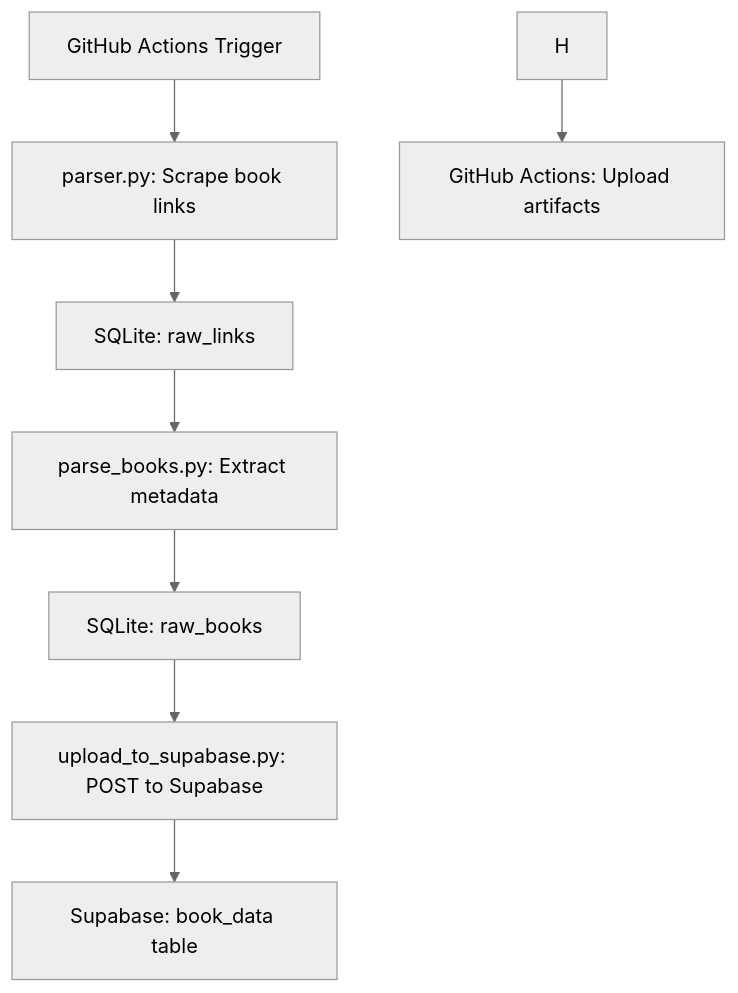
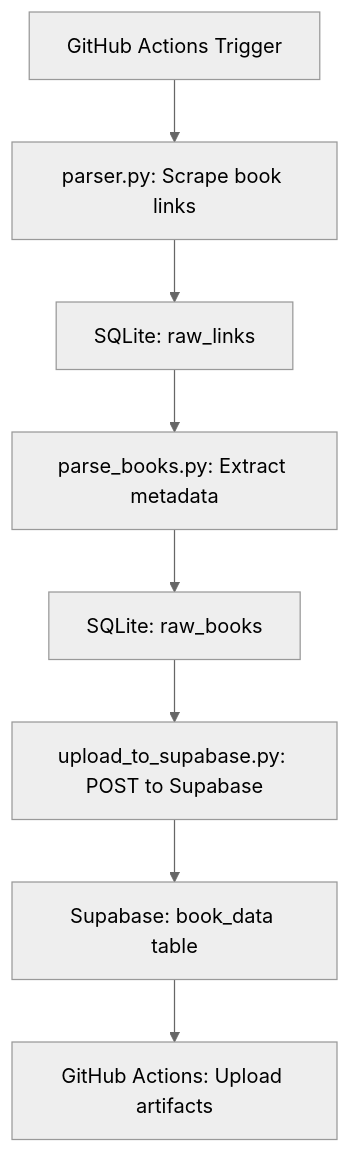
One commit to Revo69/vivat-etl changed the diagram in README.md. Above: the diagram before and after it, drawn with Mermaid (neutral theme).

Commit message:
Fix flow direction in README for GitHub Actions

````diff
--- a/README.md
+++ b/README.md
@@ -179,10 +179,10 @@
 ```mermaid
 graph TD
     A[GitHub Actions Trigger] --> B[parser.py: Scrape book links]
     B --> C[SQLite: raw_links]
     C --> D[parse_books.py: Extract metadata]
     D --> E[SQLite: raw_books]
     E --> F[upload_to_supabase.py: POST to Supabase]
     F --> G[Supabase: book_data table]
-    H --> I[GitHub Actions: Upload artifacts]
+    G --> H[GitHub Actions: Upload artifacts]
 ```
````
